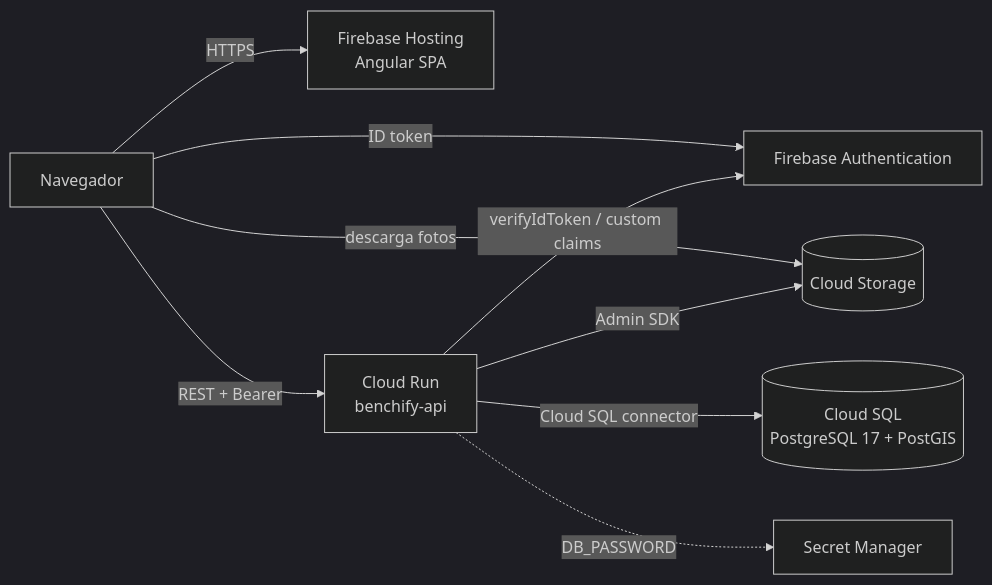
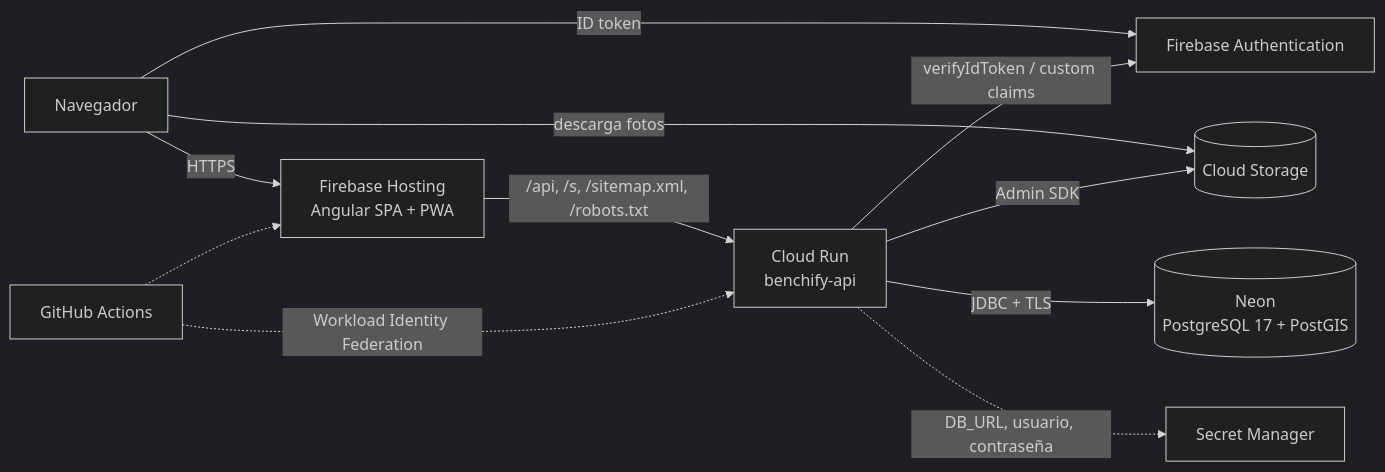
The diagram in deploy/README.md (Maanuu77/Benchify), drawn with Mermaid (dark theme) before and after one commit. The commit also changed other lines of this file and 16 other files, not shown here.

Commit message:
feat(deploy): Neon, continuous deployment with Workload Identity Federation and CDS for faster cold starts (#66, #67)

````diff
--- a/deploy/README.md
+++ b/deploy/README.md
@@ -3,11 +3,13 @@
 ```mermaid
 flowchart LR
-  U[Navegador] -->|HTTPS| H[Firebase Hosting<br/>Angular SPA]
+  U[Navegador] -->|HTTPS| H[Firebase Hosting<br/>Angular SPA + PWA]
+  H -->|/api, /s, /sitemap.xml, /robots.txt| R[Cloud Run<br/>benchify-api]
   U -->|ID token| A[Firebase Authentication]
-  U -->|REST + Bearer| R[Cloud Run<br/>benchify-api]
   U -->|descarga fotos| S[(Cloud Storage)]
   R -->|verifyIdToken / custom claims| A
   R -->|Admin SDK| S
-  R -->|Cloud SQL connector| DB[(Cloud SQL<br/>PostgreSQL 17 + PostGIS)]
-  R -.->|DB_PASSWORD| SM[Secret Manager]
+  R -->|JDBC + TLS| DB[(Neon<br/>PostgreSQL 17 + PostGIS)]
+  R -.->|DB_URL, usuario, contraseña| SM[Secret Manager]
+  GA[GitHub Actions] -.->|Workload Identity Federation| R
+  GA -.-> H
 ```
````
